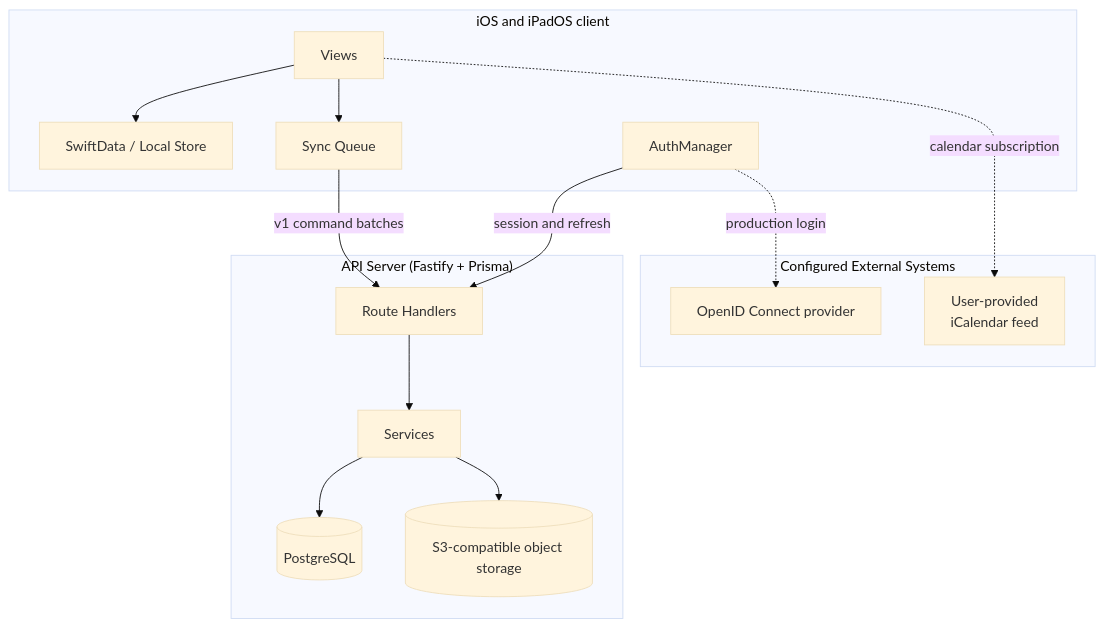
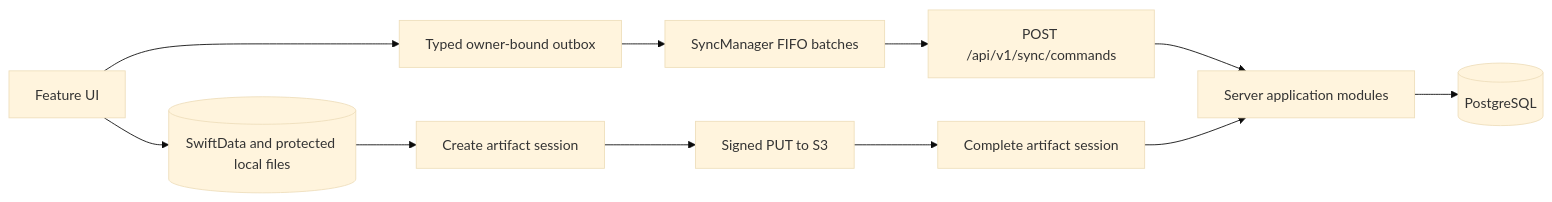
The second of 2 diagrams in docs/ARCHITECTURE.md (sebastianspicker/resonance-practice), drawn with Mermaid (base theme) before and after one commit. The commit also changed other lines of this file and 388 other files, not shown here.

````diff
--- a/docs/ARCHITECTURE.md
+++ b/docs/ARCHITECTURE.md
@@ -5,31 +79,14 @@
 ```mermaid
-flowchart TB
-    subgraph Client["iOS and iPadOS client"]
-        UI[Views]
-        SD[SwiftData / Local Store]
-        SQ[Sync Queue]
-        AM[AuthManager]
-    end
+flowchart LR
+    UI[Feature UI] --> Local[(SwiftData and protected local files)]
+    UI --> Outbox[Typed owner-bound outbox]
+    Outbox --> Sync[SyncManager FIFO batches]
+    Sync --> Commands[POST /api/v1/sync/commands]
+    Commands --> Modules[Server application modules]
+    Modules --> Database[(PostgreSQL)]
 
-    subgraph Server["API Server (Fastify + Prisma)"]
-        API[Route Handlers]
-        SVC[Services]
-        DB[(PostgreSQL)]
-        S3[(S3-compatible object storage)]
-    end
-
-    subgraph External["Configured External Systems"]
-        ICAL[User-provided\niCalendar feed]
-        SSO[OpenID Connect provider]
-    end
-
-    UI --> SD
-    UI --> SQ
-    SQ -->|"v1 command batches"| API
-    AM -->|"session and refresh"| API
-    API --> SVC
-    SVC --> DB
-    SVC --> S3
-    AM -.->|"production login"| SSO
-    UI -.->|"calendar subscription"| ICAL
+    Local --> Session[Create artifact session]
+    Session --> Upload[Signed PUT to S3]
+    Upload --> Complete[Complete artifact session]
+    Complete --> Modules
 ```
````
